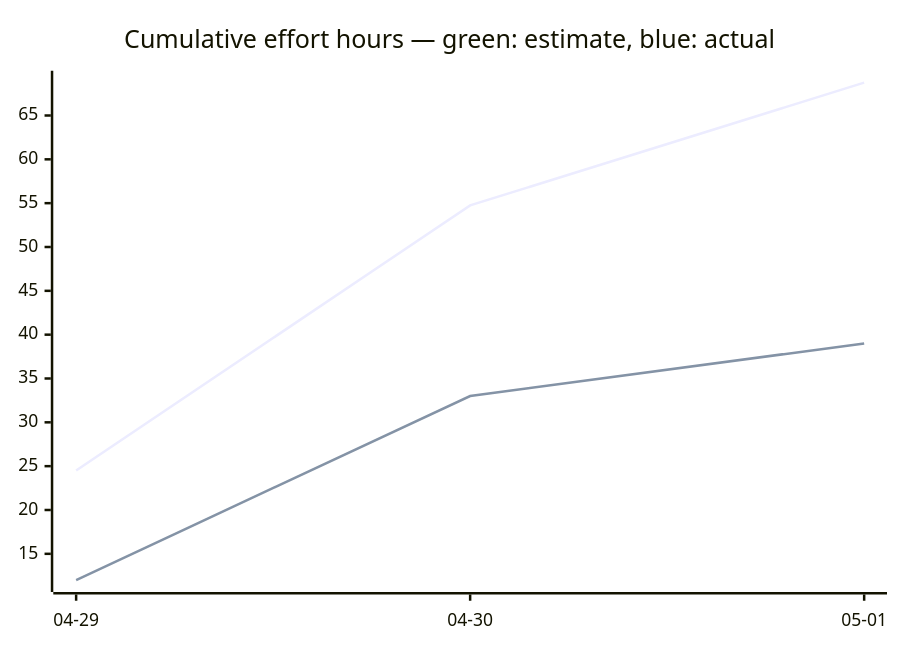
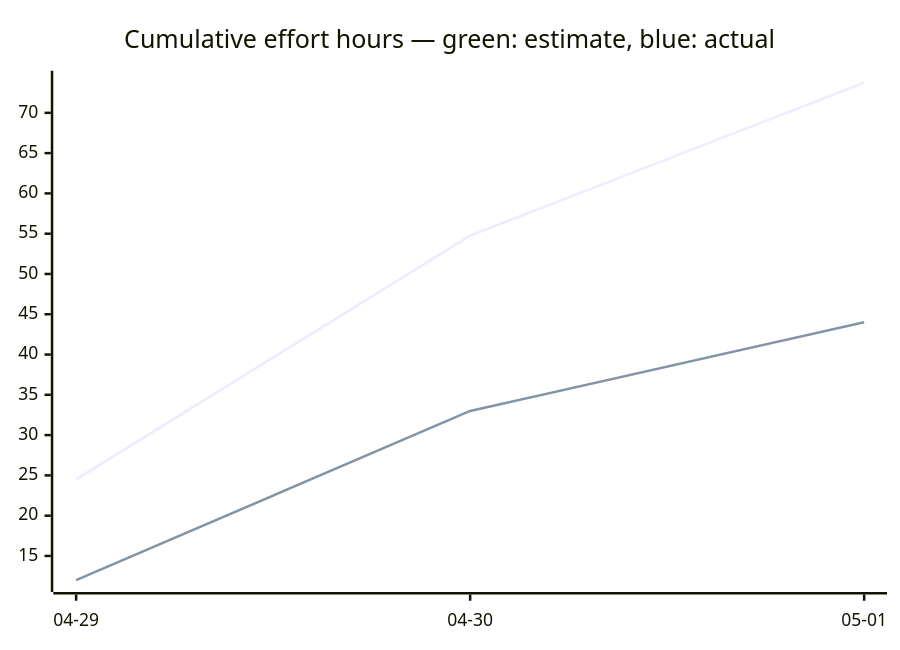
The third of 3 diagrams in docs/developers/tasks/OVERVIEW.md (tgd1975/AwesomeStudioPedal), drawn with Mermaid before and after one commit. The commit also changed other lines of this file and 11 other files, not shown here.

````diff
--- a/docs/developers/tasks/OVERVIEW.md
+++ b/docs/developers/tasks/OVERVIEW.md
@@ -40,7 +40,7 @@
 ```mermaid
 xychart-beta
     title "Cumulative effort hours — green: estimate, blue: actual"
     x-axis ["04-29", "04-30", "05-01"]
-    line [24.5, 54.75, 68.75]
-    line [12, 33, 39]
+    line [24.5, 54.75, 73.75]
+    line [12, 33, 44]
 ```
````
